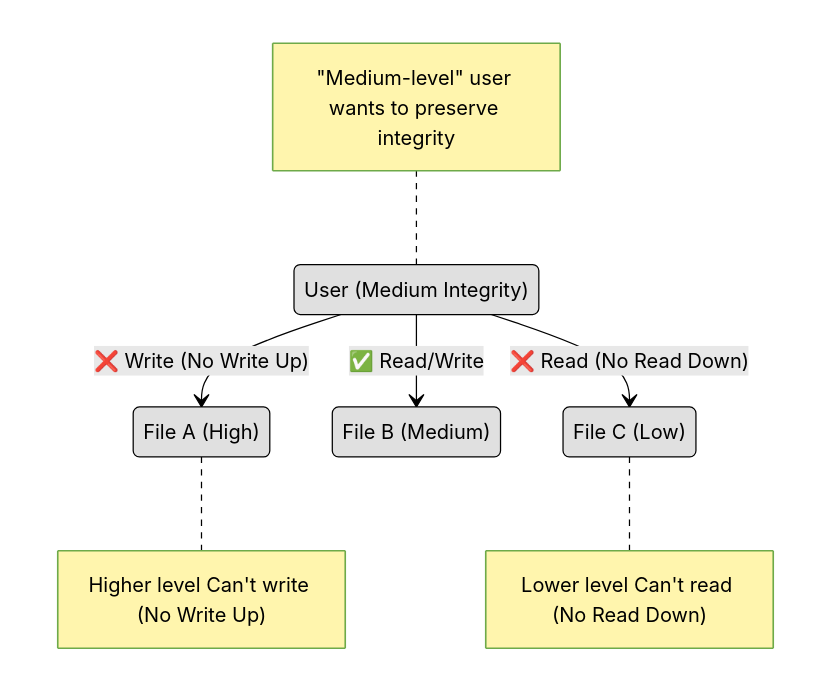
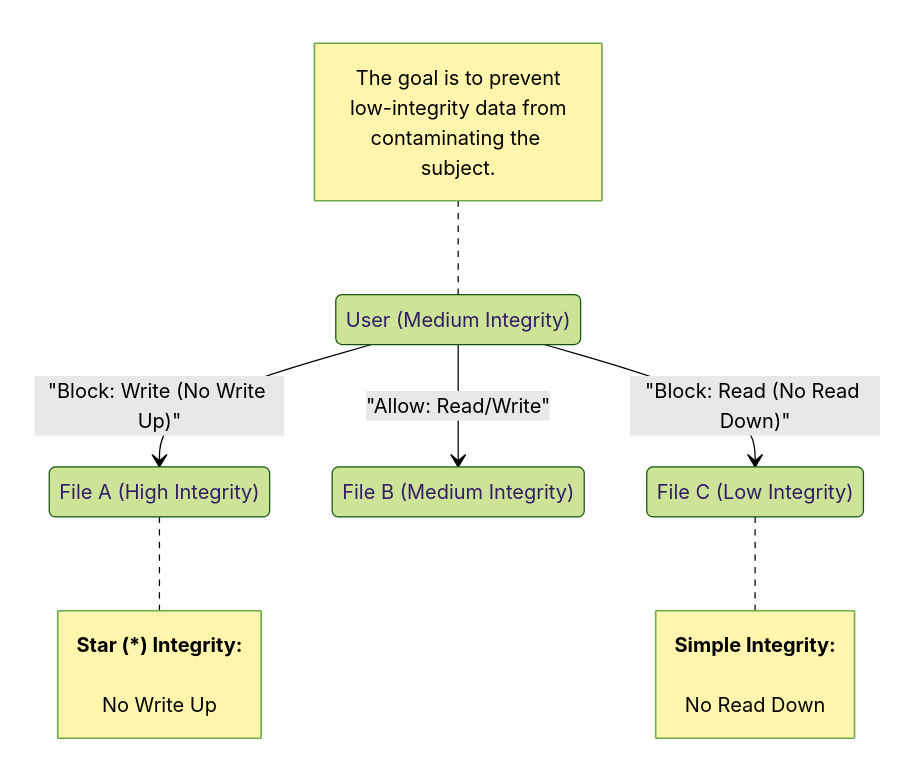
The tenth of 15 diagrams in DOMAIN3: Security Architecture and Engineering/3.02 Understand the fundamental concepts of security models (e.g. Biba, Star Model, Bell Lapadula).md (lorenzoleonelli/CISSP-Zero-to-Hero), drawn with Mermaid (forest theme) before and after one commit. The commit also changed other lines of this file, not shown here.

Commit message:
Update 3.02 Understand the fundamental concepts of security models (e.g. Biba, Star Model, Bell Lapadula).md

````diff
--- a/DOMAIN3: Security Architecture and Engineering/3.02 Understand the fundamental concepts of security models (e.g. Biba, Star Model, Bell Lapadula).md
+++ b/DOMAIN3: Security Architecture and Engineering/3.02 Understand the fundamental concepts of security models (e.g. Biba, Star Model, Bell Lapadula).md
@@ -310,28 +362,29 @@
 ```mermaid
 stateDiagram-v2
     direction TB
 
     state "User (Medium Integrity)" as User
-    state "File A (High)" as FileHigh
-    state "File B (Medium)" as FileMed
-    state "File C (Low)" as FileLow
+    state "File A (High Integrity)" as FileHigh
+    state "File B (Medium Integrity)" as FileMed
+    state "File C (Low Integrity)" as FileLow
 
-    User --> FileHigh : ❌ Write (No Write Up)
-    User --> FileMed : ✅ Read/Write
-    User --> FileLow : ❌ Read (No Read Down)
+    User --> FileHigh : "Block: Write (No Write Up)"
+    User --> FileMed : "Allow: Read/Write"
+    User --> FileLow : "Block: Read (No Read Down)"
 
     note right of FileHigh
-      Higher level Can't write (No Write Up)
+        <b>Star (*) Integrity:</b>
+        <br/>No Write Up
     end note
 
     note right of FileLow
-      Lower level Can't read (No Read Down)
+        <b>Simple Integrity:</b>
+        <br/>No Read Down
     end note
 
     note left of User
-      "Medium-level" user wants to preserve integrity
+        The goal is to prevent
+        low-integrity data from
+        contaminating the subject.
     end note
-
-   classDef center fill:#ffffff,color:#000000,stroke:#000000,stroke-width:1px,font-weight:bold
-    classDef node fill:#e0e0e0,color:#000000,stroke:#000000,stroke-width:1px
 ```
````
